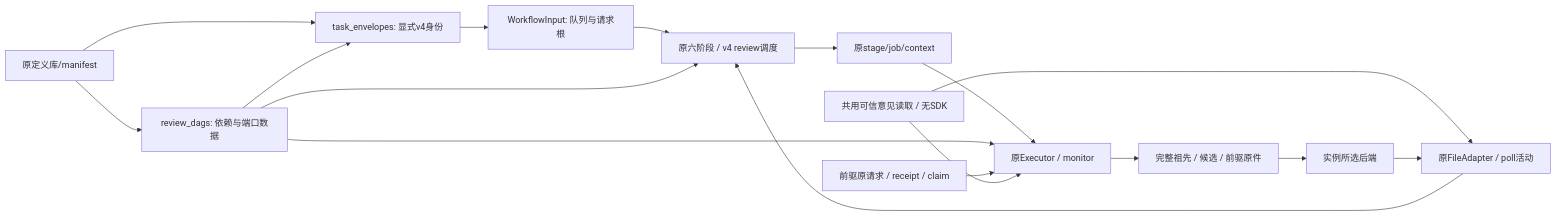
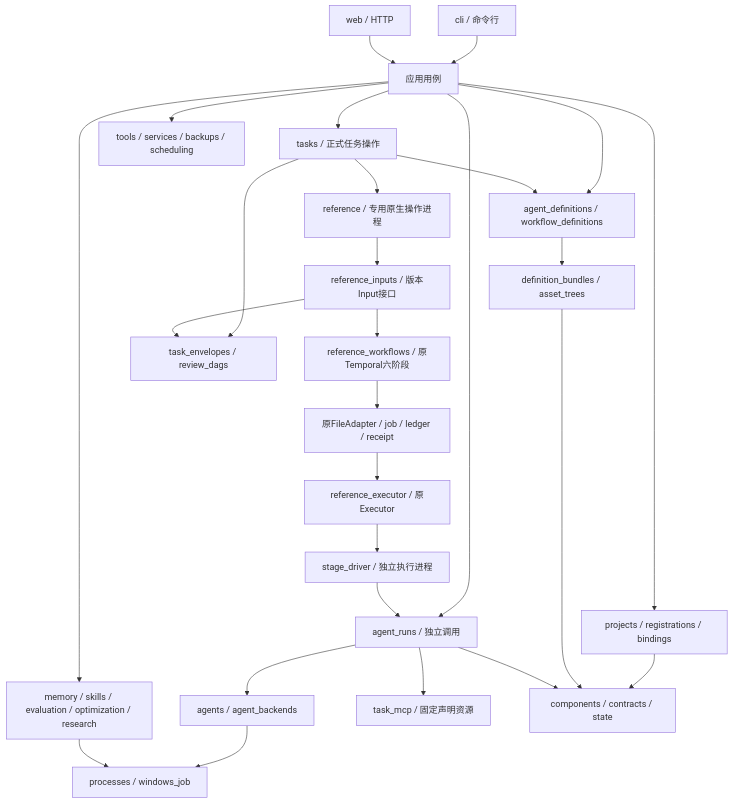
The first of 5 diagrams in docs/architecture/current.md (626619403/Ergora), drawn with Mermaid before and after one commit. The commit also changed other lines of this file and 19 other files, not shown here.

Commit message:
docs: map current architecture and platform installation contracts

````diff
--- a/docs/architecture/current.md
+++ b/docs/architecture/current.md
@@ -28,19 +11,29 @@
 ```mermaid
-flowchart LR
-  Define[原定义库/manifest] --> DAG[review_dags: 依赖与端口数据]
-  Define --> Envelope[task_envelopes: 显式v4身份]
-  DAG --> Envelope
-  Envelope --> Input[WorkflowInput: 队列与请求根]
-  Input --> Flow[原六阶段 / v4 review调度]
-  DAG --> Flow
-  Flow --> Job[原stage/job/context]
-  Job --> Executor[原Executor / monitor]
-  DAG --> Executor
-  Receipt[前驱原请求 / receipt / claim] --> Executor
-  Opinion[共用可信意见读取 / 无SDK] --> Executor
-  Opinion --> Poll[原FileAdapter / poll活动]
-  Executor --> Prompt[完整祖先 / 候选 / 前驱原件]
-  Prompt --> Agent[实例所选后端]
-  Agent --> Poll
-  Poll --> Flow
+flowchart TB
+  CLI[cli / 命令行] --> Uses[应用用例]
+  HTTP[web / HTTP] --> Uses
+  Uses --> Project[projects / registrations / bindings]
+  Uses --> Tasks[tasks / 正式任务操作]
+  Uses --> Library[agent_definitions / workflow_definitions]
+  Uses --> Runs[agent_runs / 独立调用]
+  Uses --> Evolution[memory / skills / evaluation / optimization / research]
+  Uses --> Ops[tools / services / backups / scheduling]
+  Library --> Bundles[definition_bundles / asset_trees]
+  Tasks --> Library
+  Tasks --> Reference[reference / 专用原生操作进程]
+  Reference --> Input[reference_inputs / 版本Input接口]
+  Input --> Flow[reference_workflows / 原Temporal六阶段]
+  Flow --> Files[原FileAdapter / job / ledger / receipt]
+  Files --> Executor[reference_executor / 原Executor]
+  Executor --> Driver[stage_driver / 独立执行进程]
+  Driver --> Runs
+  Runs --> Agents[agents / agent_backends]
+  Runs --> MCP[task_mcp / 固定声明资源]
+  Agents --> Processes[processes / windows_job]
+  Evolution --> Processes
+  Project --> Base[components / contracts / state]
+  Bundles --> Base
+  Runs --> Base
+  Tasks --> Envelope[task_envelopes / review_dags]
+  Input --> Envelope
 ```
````
